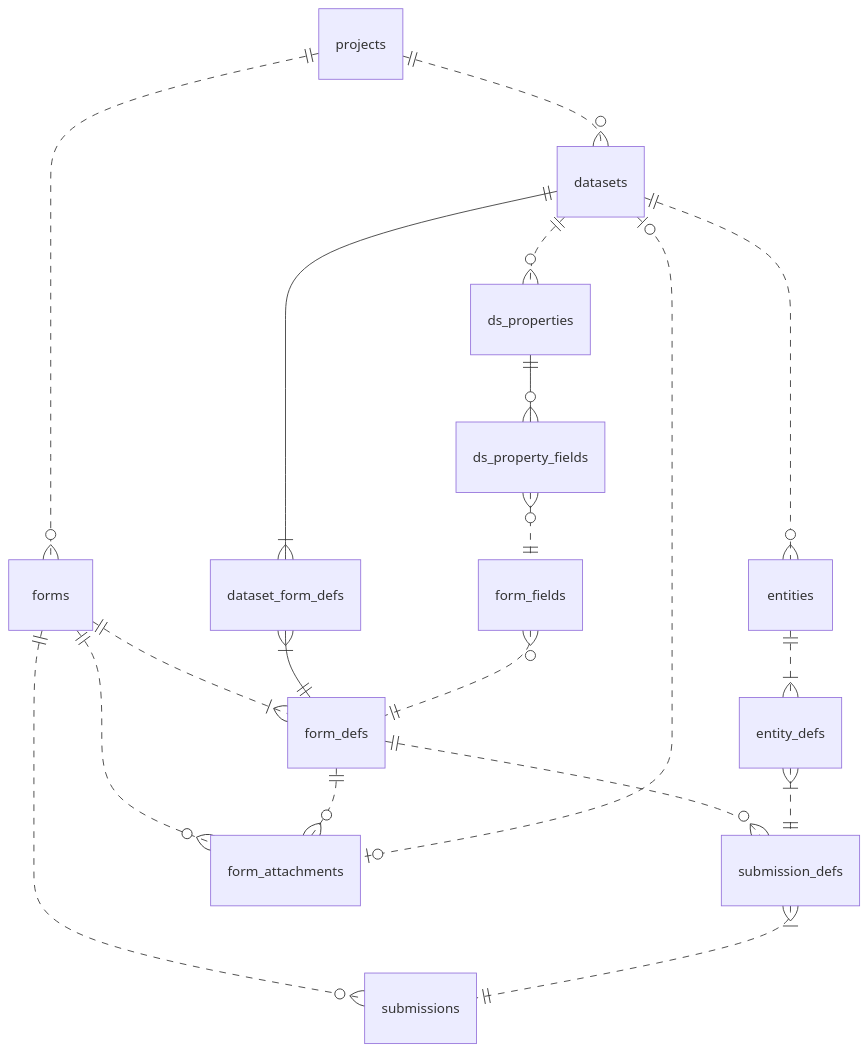
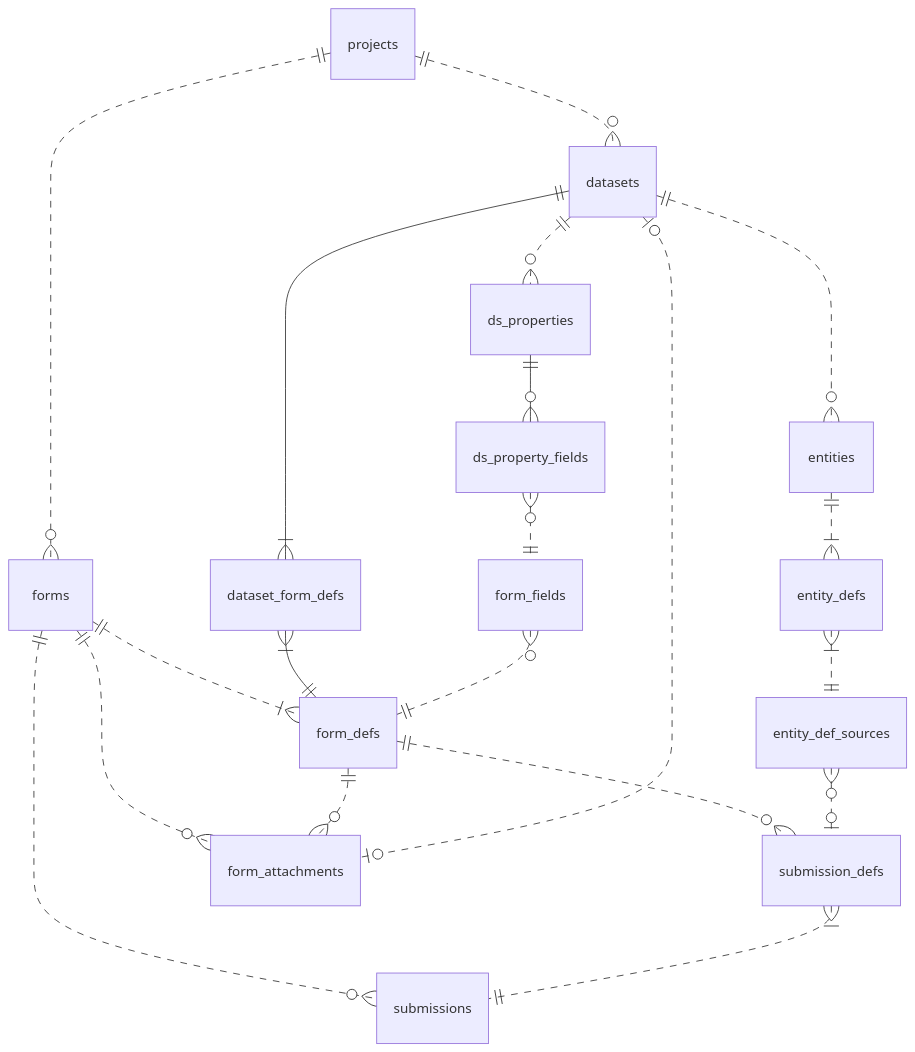
The second of 4 diagrams in docs/database.md (getodk/central-backend), drawn with Mermaid before and after one commit. The commit also changed other lines of this file, not shown here.

Commit message:
Enhance #912: Updated ERD to reflect last 6 months of changes

````diff
--- a/docs/database.md
+++ b/docs/database.md
@@ -72,24 +75,25 @@
 ```mermaid
 %%{init: {'themeCSS': '.er.entityLabel { font-size:16px !important; }' }}%%
   erDiagram
     projects ||..o{ forms : ""
     forms ||..|{ form_defs : ""
     forms ||..o{ submissions : ""
     projects ||..o{ datasets : ""
     datasets ||..o{ ds_properties : ""
     datasets ||--|{ dataset_form_defs : ""
     dataset_form_defs }|--|| form_defs : ""
     ds_properties ||--o{ ds_property_fields : ""
     ds_property_fields }o..|| form_fields : ""
     datasets ||..o{ entities : ""
     entities ||..|{ entity_defs : ""
 
     form_defs ||..o{ submission_defs : ""
     submission_defs }|..|| submissions : ""
-    entity_defs }|..|| submission_defs : ""
+    entity_defs }|..|| entity_def_sources : ""
+    entity_def_sources }o..o| submission_defs : ""
     form_fields }o..|| form_defs : ""
 
     forms ||..o{ form_attachments : ""
     form_defs ||..o{ form_attachments : ""
     datasets |o..o| form_attachments : ""
 ```
````
